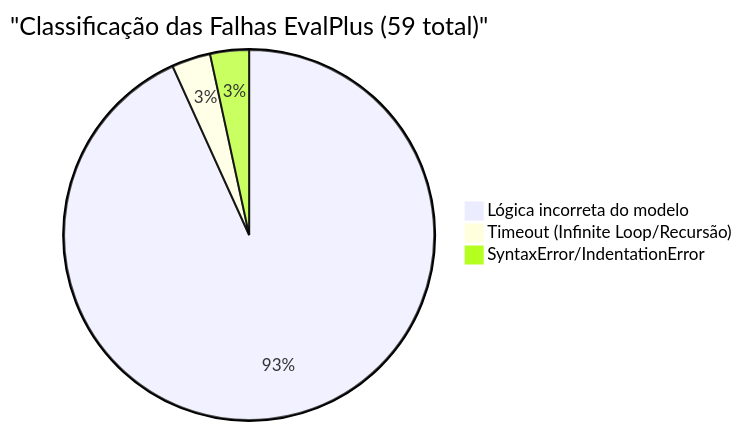
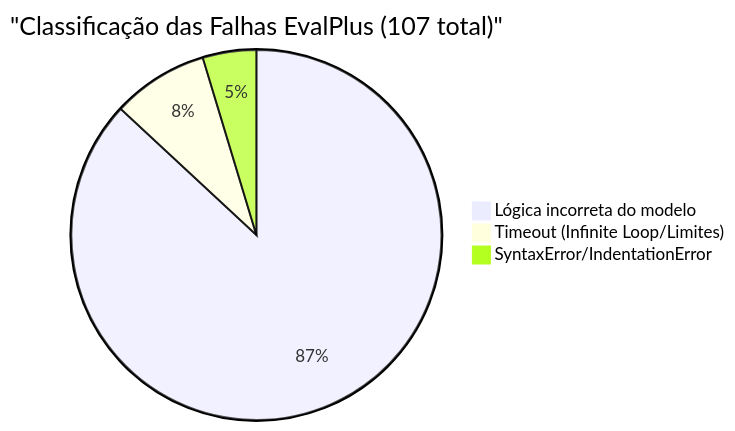
Before and after one commit to MrJc01/crom-agente: the second of 2 diagrams in docs/benchmark_analysis.md, drawn with Mermaid. The commit also changed other lines of this file and 78 other files, not shown here.

````diff
--- a/docs/benchmark_analysis.md
+++ b/docs/benchmark_analysis.md
@@ -119,6 +117,6 @@
 ```mermaid
-pie title "Classificação das Falhas EvalPlus (59 total)"
-    "Lógica incorreta do modelo" : 55
-    "Timeout (Infinite Loop/Recursão)" : 2
-    "SyntaxError/IndentationError" : 2
+pie title "Classificação das Falhas EvalPlus (107 total)"
+    "Lógica incorreta do modelo" : 93
+    "Timeout (Infinite Loop/Limites)" : 9
+    "SyntaxError/IndentationError" : 5
 ```
````
